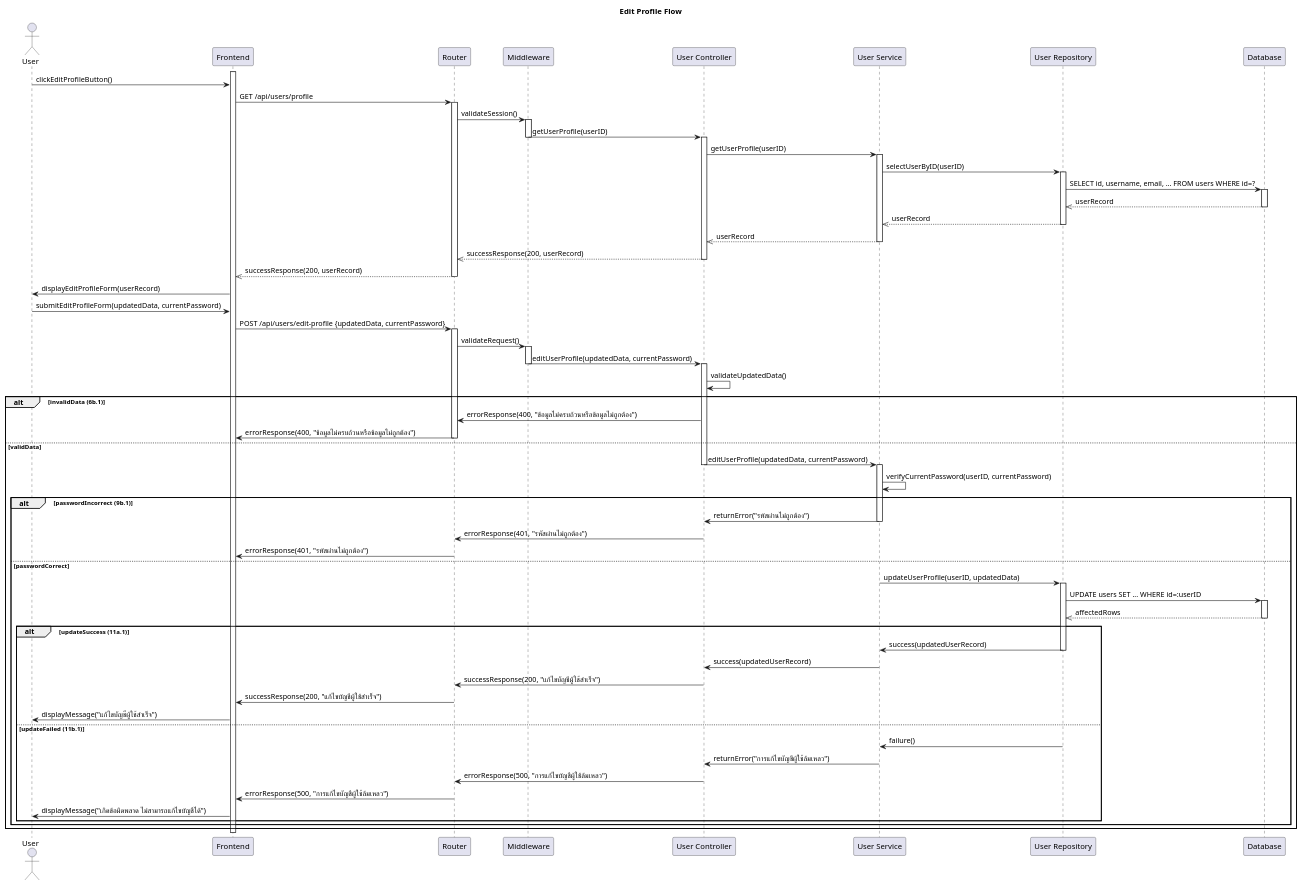
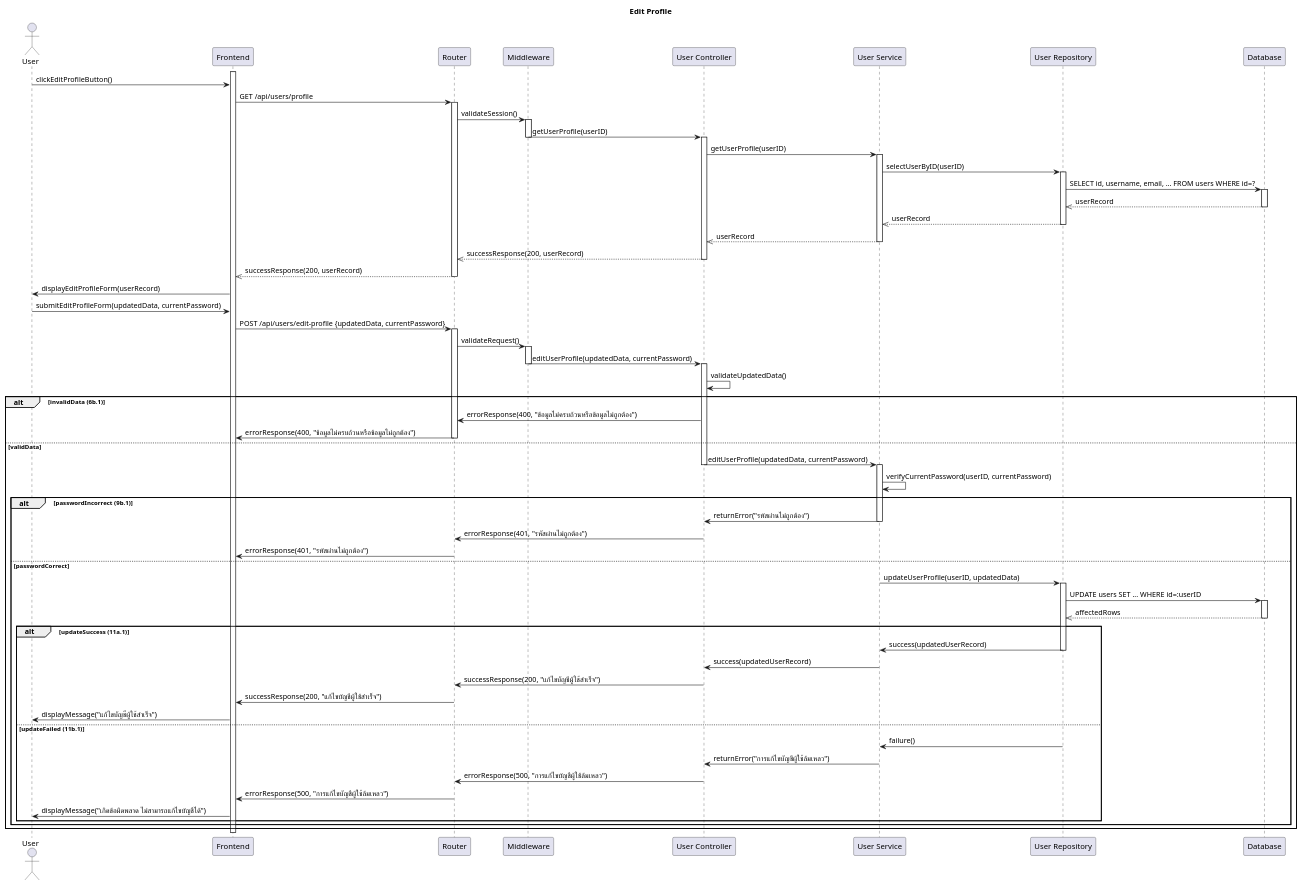
The diagram in SD-Edit-Profile.puml (CS371-Project-Management/CS371-Sequence-Diagram), drawn with PlantUML before and after one commit. The commit also changed 8 other files, not shown here.

```diff
--- a/SD-Edit-Profile.puml
+++ b/SD-Edit-Profile.puml
@@ -1,104 +1,104 @@
 @startuml
-title Edit Profile Flow
+title Edit Profile
 
 actor User
 participant "Frontend" as FE
 participant Router
 participant "Middleware" as MW
 participant "User Controller" as Controller
 participant "User Service" as Service
 participant "User Repository" as Repository
 participant "Database" as DB
 
 'Retrieve User Profile'
 activate FE
 User -> FE: clickEditProfileButton()
 FE -> Router: GET /api/users/profile
 activate Router
 Router -> MW: validateSession()
 activate MW
 MW -> Controller: getUserProfile(userID)
 deactivate MW
 activate Controller
 Controller -> Service: getUserProfile(userID)
 
 activate Service
 Service -> Repository: selectUserByID(userID)
 activate Repository
 Repository -> DB: SELECT id, username, email, ... FROM users WHERE id=?
 activate DB
 DB -->> Repository: userRecord
 deactivate DB
 Repository -->> Service: userRecord
 deactivate Repository
 Service -->> Controller: userRecord
 deactivate Service
 Controller -->> Router: successResponse(200, userRecord)
 deactivate Controller
 Router -->> FE: successResponse(200, userRecord)
 deactivate Router
 FE -> User: displayEditProfileForm(userRecord)
 
 'Submit Edited Profile'
 User -> FE: submitEditProfileForm(updatedData, currentPassword)
 FE -> Router: POST /api/users/edit-profile {updatedData, currentPassword}
 activate Router
 Router -> MW: validateRequest()
 activate MW
 MW -> Controller: editUserProfile(updatedData, currentPassword)
 deactivate MW
 activate Controller
 Controller -> Controller: validateUpdatedData()
 alt invalidData (6b.1)
     Controller -> Router: errorResponse(400, "ข้อมูลไม่ครบถ้วนหรือข้อมูลไม่ถูกต้อง")
     Router -> FE: errorResponse(400, "ข้อมูลไม่ครบถ้วนหรือข้อมูลไม่ถูกต้อง")
     deactivate Router
 else validData
     Controller -> Service: editUserProfile(updatedData, currentPassword)
     deactivate Controller
     activate Service
     Service -> Service: verifyCurrentPassword(userID, currentPassword)
     alt passwordIncorrect (9b.1)
         Service -> Controller: returnError("รหัสผ่านไม่ถูกต้อง")
         deactivate Service
         Controller -> Router: errorResponse(401, "รหัสผ่านไม่ถูกต้อง")
         Router -> FE: errorResponse(401, "รหัสผ่านไม่ถูกต้อง")
         deactivate Controller
         deactivate MW
         deactivate Router
     else passwordCorrect
         Service -> Repository: updateUserProfile(userID, updatedData)
         activate Repository
         Repository -> DB: UPDATE users SET ... WHERE id=:userID
         activate DB
         DB -->> Repository: affectedRows
         deactivate DB
 
         alt updateSuccess (11a.1)
             Repository -> Service: success(updatedUserRecord)
             deactivate Repository
             Service -> Controller: success(updatedUserRecord)
             deactivate Service
             Controller -> Router: successResponse(200, "แก้ไขบัญชีผู้ใช้สำเร็จ")
             Router -> FE: successResponse(200, "แก้ไขบัญชีผู้ใช้สำเร็จ")
             deactivate Controller
             deactivate MW
             deactivate Router
             FE -> User: displayMessage("แก้ไขบัญชีผู้ใช้สำเร็จ")
         else updateFailed (11b.1)
             Repository -> Service: failure()
             deactivate Repository
             Service -> Controller: returnError("การแก้ไขบัญชีผู้ใช้ล้มเหลว")
             deactivate Service
             Controller -> Router: errorResponse(500, "การแก้ไขบัญชีผู้ใช้ล้มเหลว")
             Router -> FE: errorResponse(500, "การแก้ไขบัญชีผู้ใช้ล้มเหลว")
             deactivate Controller
             deactivate MW
             deactivate Router
             FE -> User: displayMessage("เกิดข้อผิดพลาด ไม่สามารถแก้ไขบัญชีได้")
         end
     end
 end
 deactivate FE
 
 @enduml
```
